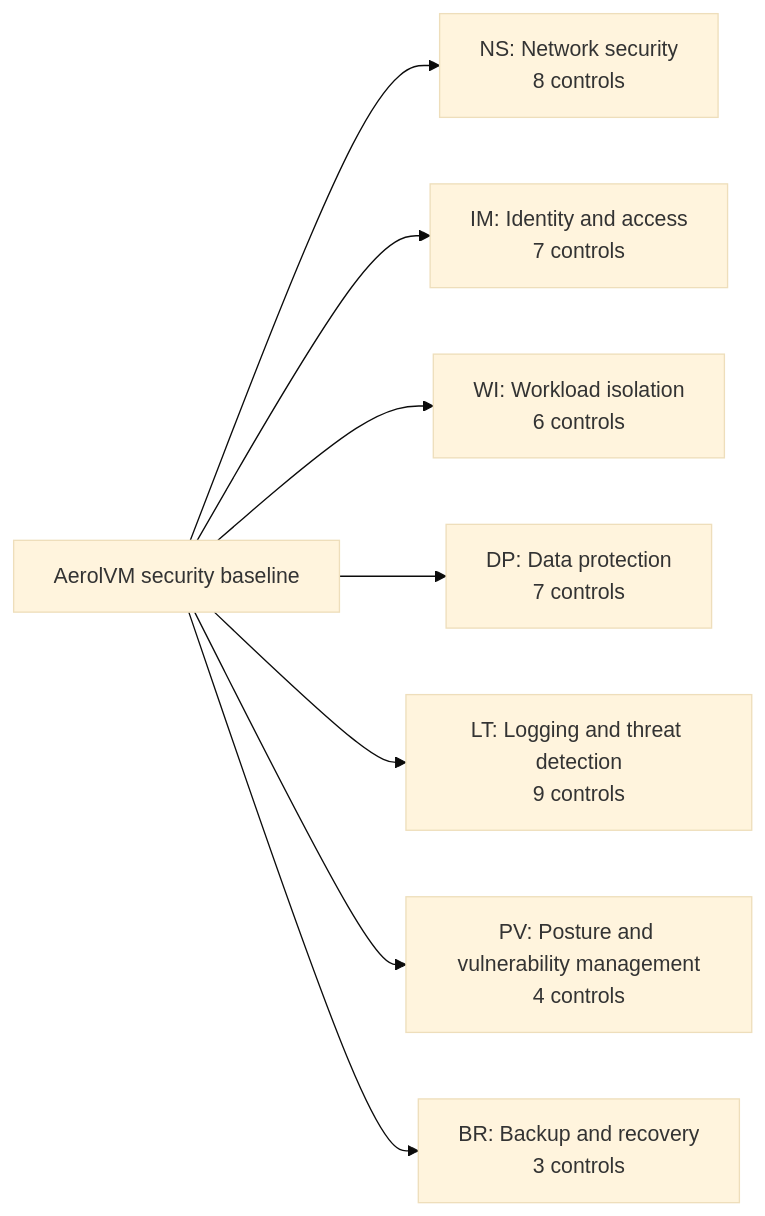
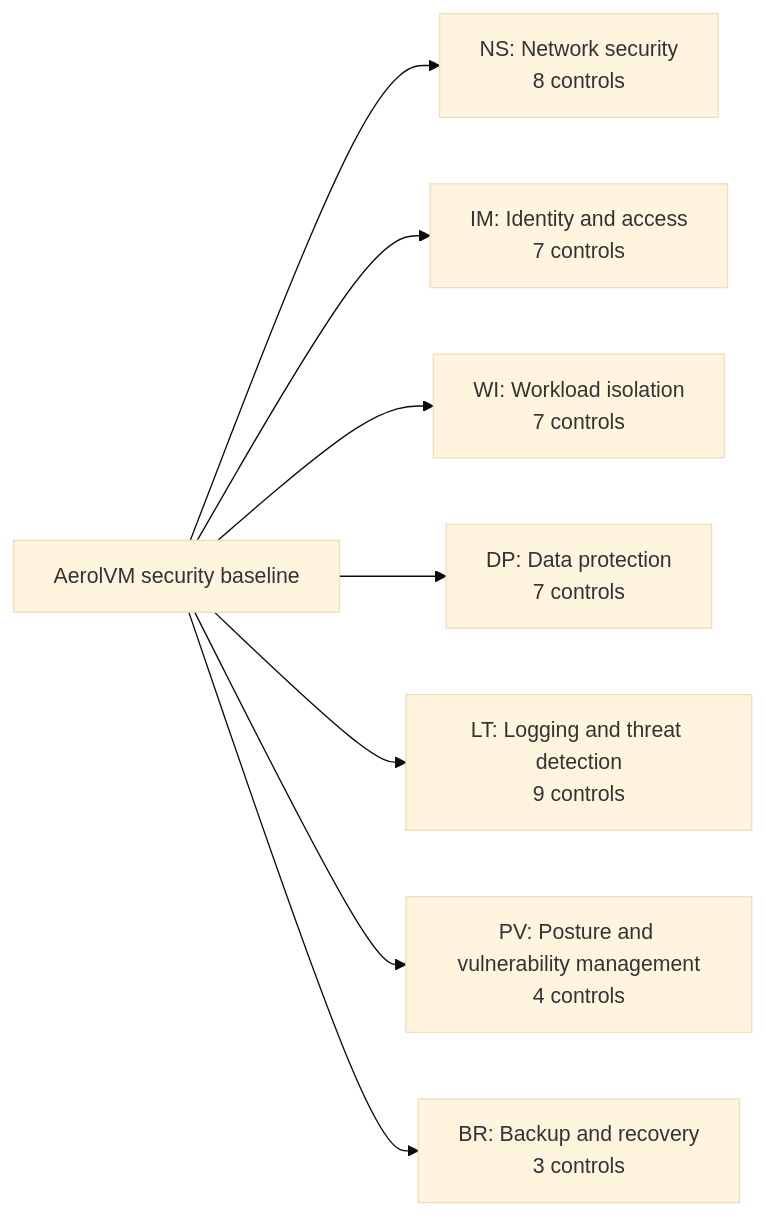
Before and after one commit to aerol-ai/microvm: the first of 4 diagrams in docs/src/content/docs/enterprise/security-controls.mdx, drawn with Mermaid (base theme). The commit also changed other lines of this file and 13 other files, not shown here.

````diff
--- a/docs/src/content/docs/enterprise/security-controls.mdx
+++ b/docs/src/content/docs/enterprise/security-controls.mdx
@@ -20,10 +20,10 @@
 ```mermaid
 flowchart LR
     B["AerolVM security baseline"] --> NS["NS: Network security<br/>8 controls"]
     B --> IM["IM: Identity and access<br/>7 controls"]
-    B --> WI["WI: Workload isolation<br/>6 controls"]
+    B --> WI["WI: Workload isolation<br/>7 controls"]
     B --> DP["DP: Data protection<br/>7 controls"]
     B --> LT["LT: Logging and threat detection<br/>9 controls"]
     B --> PV["PV: Posture and vulnerability management<br/>4 controls"]
     B --> BR["BR: Backup and recovery<br/>3 controls"]
 ```
````
